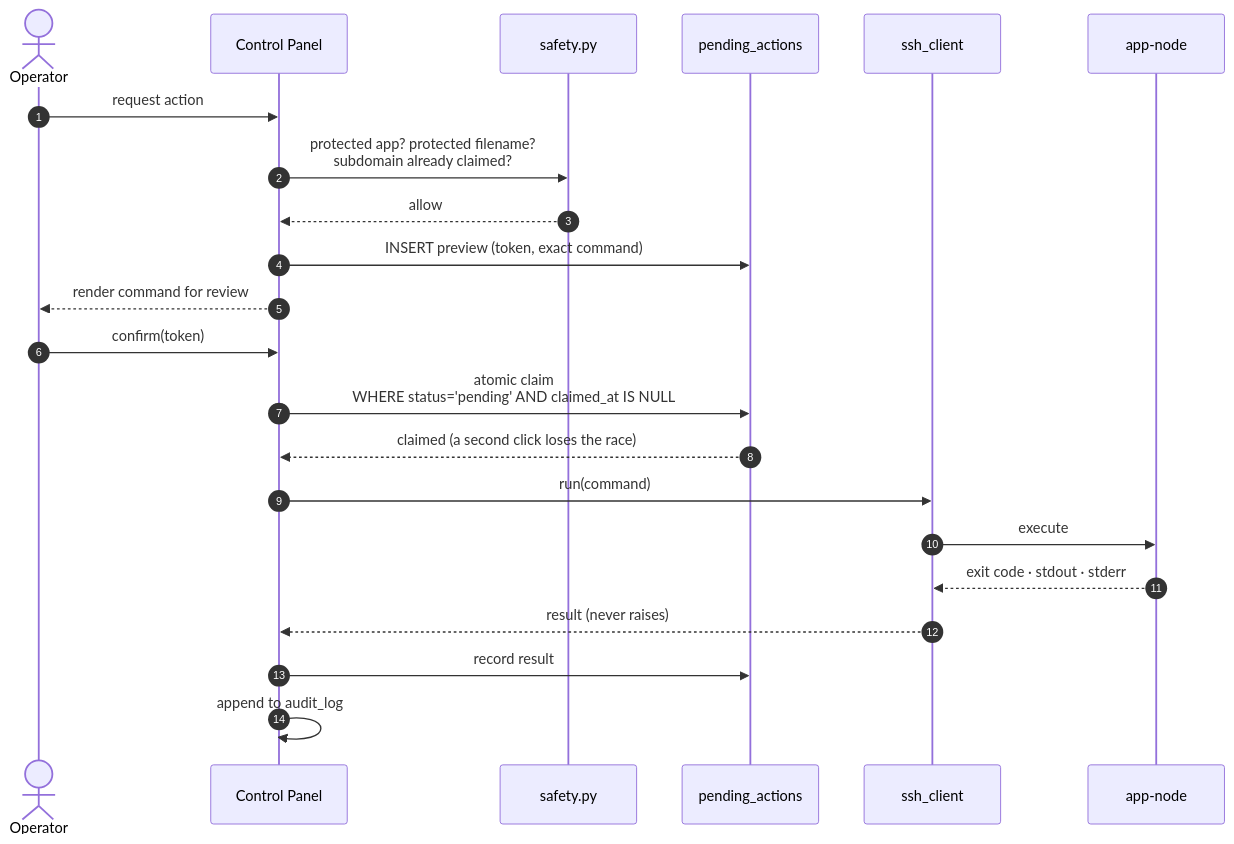
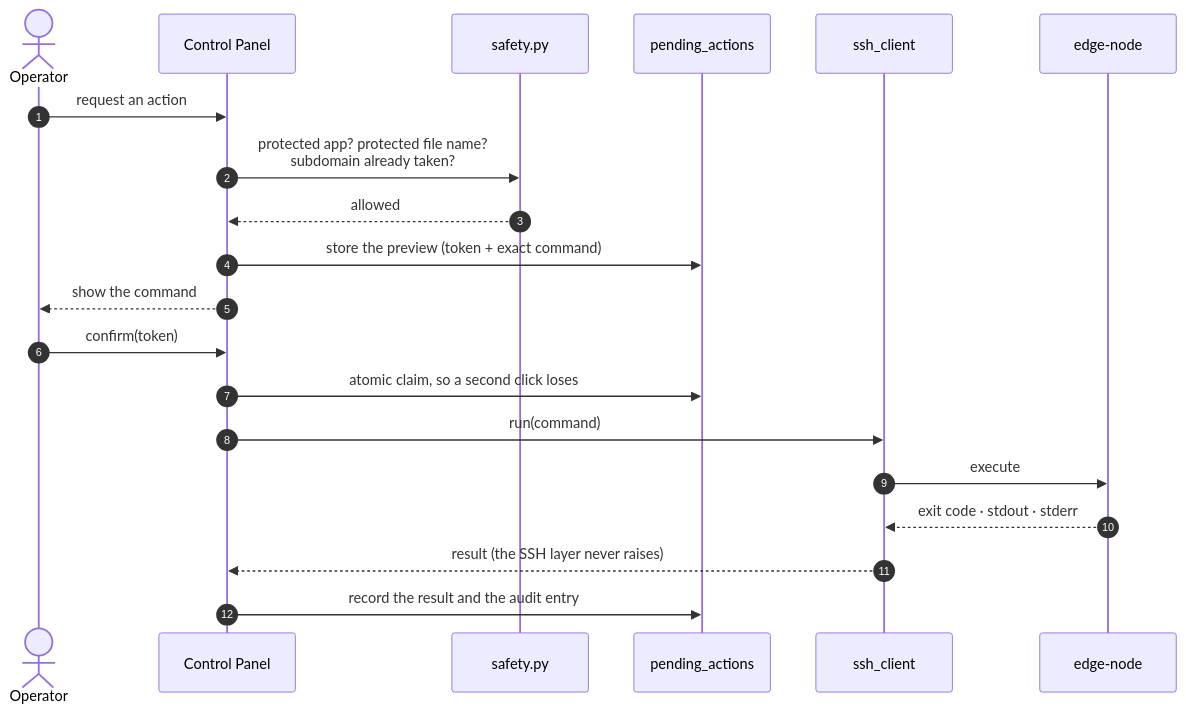
The third of 4 diagrams in README.md (tobioj/Homelab-Control-Plane), drawn with Mermaid before and after one commit. The commit also changed other lines of this file and 15 other files, not shown here.

````diff
--- a/README.md
+++ b/README.md
@@ -221,25 +178,23 @@
 ```mermaid
 sequenceDiagram
     autonumber
     actor Op as Operator
     participant UI as Control Panel
     participant S as safety.py
     participant DB as pending_actions
     participant SSH as ssh_client
-    participant VM as app-node
+    participant VM as edge-node
 
-    Op->>UI: request action
-    UI->>S: protected app? protected filename?<br/>subdomain already claimed?
-    S-->>UI: allow
-    UI->>DB: INSERT preview (token, exact command)
-    UI-->>Op: render command for review
+    Op->>UI: request an action
+    UI->>S: protected app? protected file name?<br/>subdomain already taken?
+    S-->>UI: allowed
+    UI->>DB: store the preview (token + exact command)
+    UI-->>Op: show the command
     Op->>UI: confirm(token)
-    UI->>DB: atomic claim<br/>WHERE status='pending' AND claimed_at IS NULL
-    DB-->>UI: claimed (a second click loses the race)
+    UI->>DB: atomic claim, so a second click loses
     UI->>SSH: run(command)
     SSH->>VM: execute
     VM-->>SSH: exit code · stdout · stderr
-    SSH-->>UI: result (never raises)
-    UI->>DB: record result
-    UI->>UI: append to audit_log
+    SSH-->>UI: result (the SSH layer never raises)
+    UI->>DB: record the result and the audit entry
 ```
````
